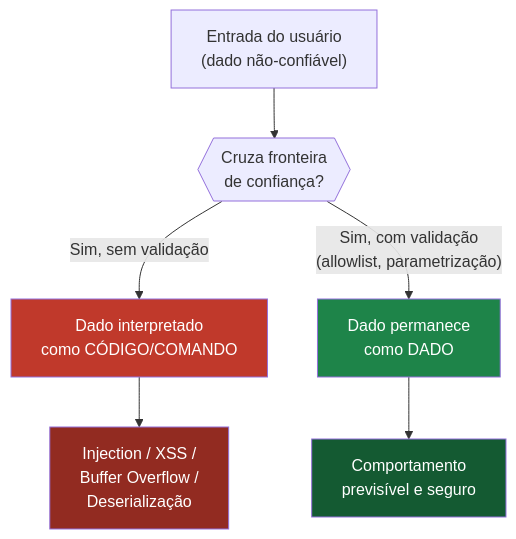
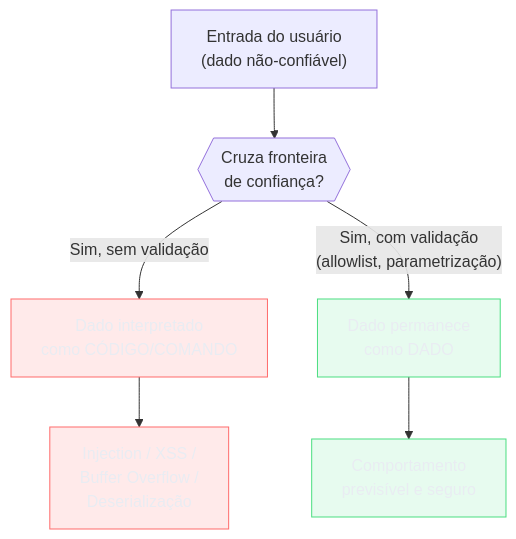
The first of 6 diagrams in 03-Dominios/Engenharia/Segurança/16 - Classes de vulnerabilidade.md (josenaldo/codex-technomanticus), drawn with Mermaid before and after one commit. The commit also changed other lines of this file and 1181 other files, not shown here.

First line of the commit message:
fix(diagramas): paleta do sistema no lugar de cor cravada no markdown

````diff
--- a/03-Dominios/Engenharia/Segurança/16 - Classes de vulnerabilidade.md
+++ b/03-Dominios/Engenharia/Segurança/16 - Classes de vulnerabilidade.md
@@ -34,12 +34,14 @@
 ```mermaid
 flowchart TD
+    classDef falha fill:#FF6B6B24,stroke:#FF6B6B,color:#E9ECF2
+    classDef ok fill:#4ADE8021,stroke:#4ADE80,color:#E9ECF2
     A["Entrada do usuário\n(dado não-confiável)"] --> B{{"Cruza fronteira\nde confiança?"}}
     B -- "Sim, sem validação" --> C["Dado interpretado\ncomo CÓDIGO/COMANDO"]
     B -- "Sim, com validação\n(allowlist, parametrização)" --> D["Dado permanece\ncomo DADO"]
     C --> E["Injection / XSS /\nBuffer Overflow /\nDeserialização"]
     D --> F["Comportamento\nprevisível e seguro"]
-    style C fill:#c0392b,color:#fff
-    style E fill:#922b21,color:#fff
-    style D fill:#1e8449,color:#fff
-    style F fill:#145a32,color:#fff
+    class C falha
+    class E falha
+    class D ok
+    class F ok
 ```
````
